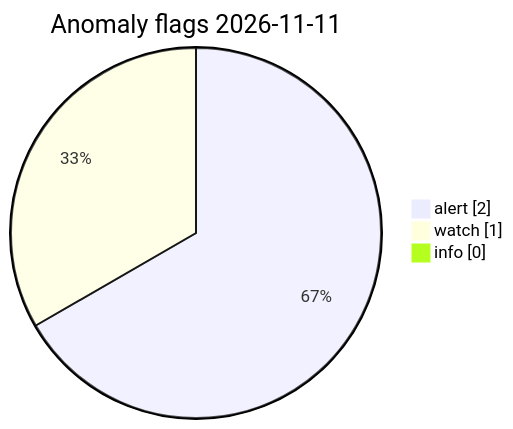
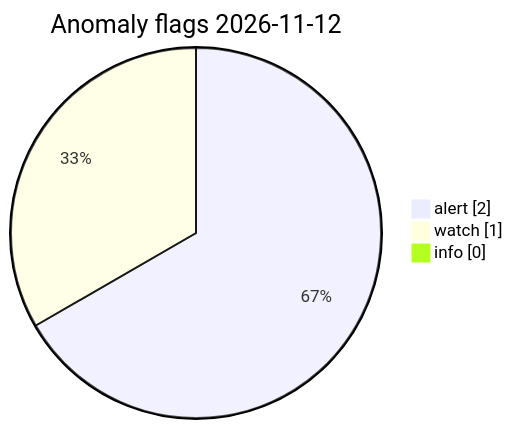
Before and after one commit to Midwest-Stratospheric/Unified-Open-Global-Weather: the diagram in visuals/latest/CHARTS.md, drawn with Mermaid. The commit also changed other lines of this file and 23 other files, not shown here.

Commit message:
data(visuals): automated charts 2026-11-12T13:29Z

````diff
--- a/visuals/latest/CHARTS.md
+++ b/visuals/latest/CHARTS.md
@@ -73,7 +73,7 @@
 ```mermaid
 pie showData
-  title Anomaly flags 2026-11-11
+  title Anomaly flags 2026-11-12
   "alert" : 2
   "watch" : 1
   "info" : 0
 ```
````
